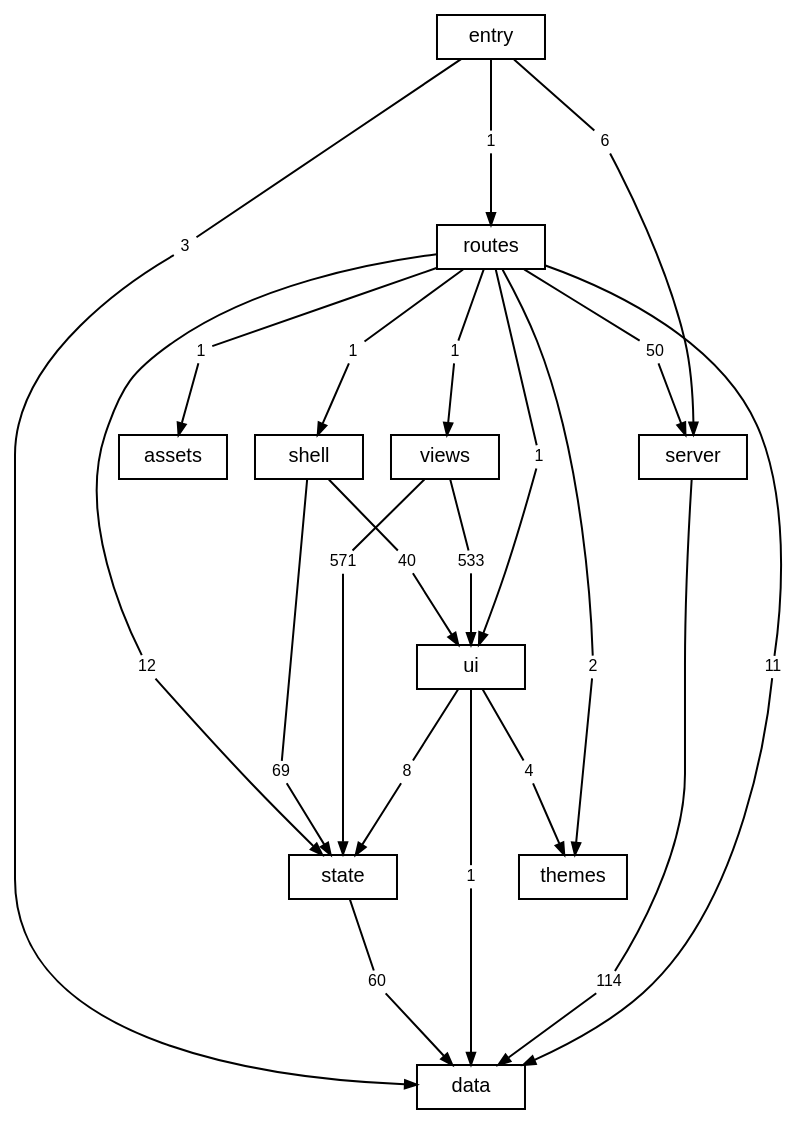
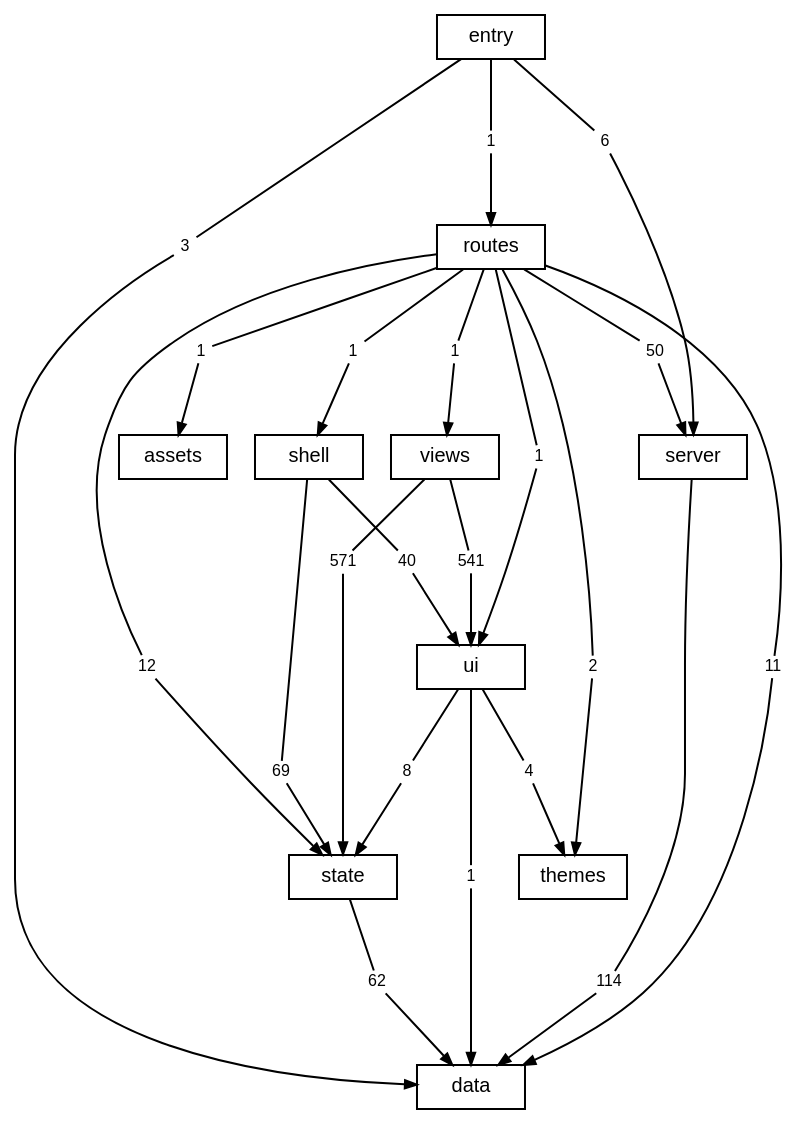
The diagram in docs/diagrams/layers.dot (TheAxeC/oculus), drawn with Graphviz before and after one commit. The commit also changed 67 other files, not shown here.

```diff
--- a/docs/diagrams/layers.dot
+++ b/docs/diagrams/layers.dot
@@ -1,75 +1,75 @@
 digraph layers {
     graph [bgcolor="transparent", rankdir=TB, newrank=true, fontname="Helvetica,Arial,sans-serif", fontsize=12, nodesep=0.2, ranksep=0.5];
     node [shape=box, color="black", fontcolor="black", fontname="Helvetica,Arial,sans-serif", fontsize=10, height=0.3, margin="0.12,0.04"];
     edge [color="black", fontcolor="black", fontname="Helvetica,Arial,sans-serif", fontsize=8, arrowsize=0.6];
     "data";
     "server";
     "state";
     "ui";
     "shell";
     "views";
     "themes";
     "routes";
     "src" [label="entry"];
     "files: assets" [label="assets"];
     "routes to data" [label="11", shape=box, color="transparent", fontsize=8, width=0, height=0, margin="0.04,0.02"];
     "routes" -> "routes to data" [arrowhead=none];
     "routes to data" -> "data" [];
     "routes to files: assets" [label="1", shape=box, color="transparent", fontsize=8, width=0, height=0, margin="0.04,0.02"];
     "routes" -> "routes to files: assets" [arrowhead=none];
     "routes to files: assets" -> "files: assets" [];
     "routes to server" [label="50", shape=box, color="transparent", fontsize=8, width=0, height=0, margin="0.04,0.02"];
     "routes" -> "routes to server" [arrowhead=none];
     "routes to server" -> "server" [];
     "routes to shell" [label="1", shape=box, color="transparent", fontsize=8, width=0, height=0, margin="0.04,0.02"];
     "routes" -> "routes to shell" [arrowhead=none];
     "routes to shell" -> "shell" [];
     "routes to state" [label="12", shape=box, color="transparent", fontsize=8, width=0, height=0, margin="0.04,0.02"];
     "routes" -> "routes to state" [arrowhead=none];
     "routes to state" -> "state" [];
     "routes to themes" [label="2", shape=box, color="transparent", fontsize=8, width=0, height=0, margin="0.04,0.02"];
     "routes" -> "routes to themes" [arrowhead=none];
     "routes to themes" -> "themes" [];
     "routes to ui" [label="1", shape=box, color="transparent", fontsize=8, width=0, height=0, margin="0.04,0.02"];
     "routes" -> "routes to ui" [arrowhead=none];
     "routes to ui" -> "ui" [];
     "routes to views" [label="1", shape=box, color="transparent", fontsize=8, width=0, height=0, margin="0.04,0.02"];
     "routes" -> "routes to views" [arrowhead=none];
     "routes to views" -> "views" [];
     "server to data" [label="114", shape=box, color="transparent", fontsize=8, width=0, height=0, margin="0.04,0.02"];
     "server" -> "server to data" [arrowhead=none];
     "server to data" -> "data" [];
     "shell to state" [label="69", shape=box, color="transparent", fontsize=8, width=0, height=0, margin="0.04,0.02"];
     "shell" -> "shell to state" [arrowhead=none];
     "shell to state" -> "state" [];
     "shell to ui" [label="40", shape=box, color="transparent", fontsize=8, width=0, height=0, margin="0.04,0.02"];
     "shell" -> "shell to ui" [arrowhead=none];
     "shell to ui" -> "ui" [];
     "src to data" [label="3", shape=box, color="transparent", fontsize=8, width=0, height=0, margin="0.04,0.02"];
     "src" -> "src to data" [arrowhead=none];
     "src to data" -> "data" [];
     "src to routes" [label="1", shape=box, color="transparent", fontsize=8, width=0, height=0, margin="0.04,0.02"];
     "src" -> "src to routes" [arrowhead=none];
     "src to routes" -> "routes" [];
     "src to server" [label="6", shape=box, color="transparent", fontsize=8, width=0, height=0, margin="0.04,0.02"];
     "src" -> "src to server" [arrowhead=none];
     "src to server" -> "server" [];
-    "state to data" [label="60", shape=box, color="transparent", fontsize=8, width=0, height=0, margin="0.04,0.02"];
+    "state to data" [label="62", shape=box, color="transparent", fontsize=8, width=0, height=0, margin="0.04,0.02"];
     "state" -> "state to data" [arrowhead=none];
     "state to data" -> "data" [];
     "ui to data" [label="1", shape=box, color="transparent", fontsize=8, width=0, height=0, margin="0.04,0.02"];
     "ui" -> "ui to data" [arrowhead=none];
     "ui to data" -> "data" [];
     "ui to state" [label="8", shape=box, color="transparent", fontsize=8, width=0, height=0, margin="0.04,0.02"];
     "ui" -> "ui to state" [arrowhead=none];
     "ui to state" -> "state" [];
     "ui to themes" [label="4", shape=box, color="transparent", fontsize=8, width=0, height=0, margin="0.04,0.02"];
     "ui" -> "ui to themes" [arrowhead=none];
     "ui to themes" -> "themes" [];
     "views to state" [label="571", shape=box, color="transparent", fontsize=8, width=0, height=0, margin="0.04,0.02"];
     "views" -> "views to state" [arrowhead=none];
     "views to state" -> "state" [];
-    "views to ui" [label="533", shape=box, color="transparent", fontsize=8, width=0, height=0, margin="0.04,0.02"];
+    "views to ui" [label="541", shape=box, color="transparent", fontsize=8, width=0, height=0, margin="0.04,0.02"];
     "views" -> "views to ui" [arrowhead=none];
     "views to ui" -> "ui" [];
 }
```
